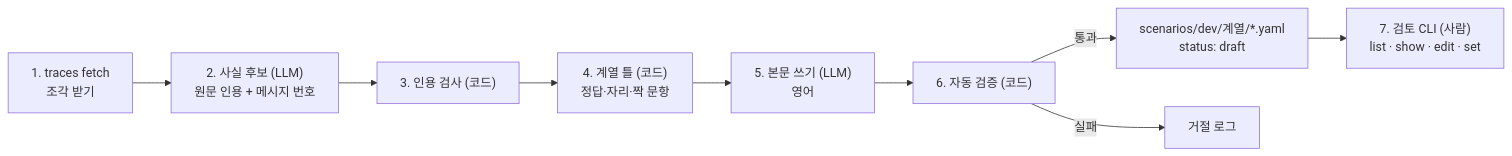
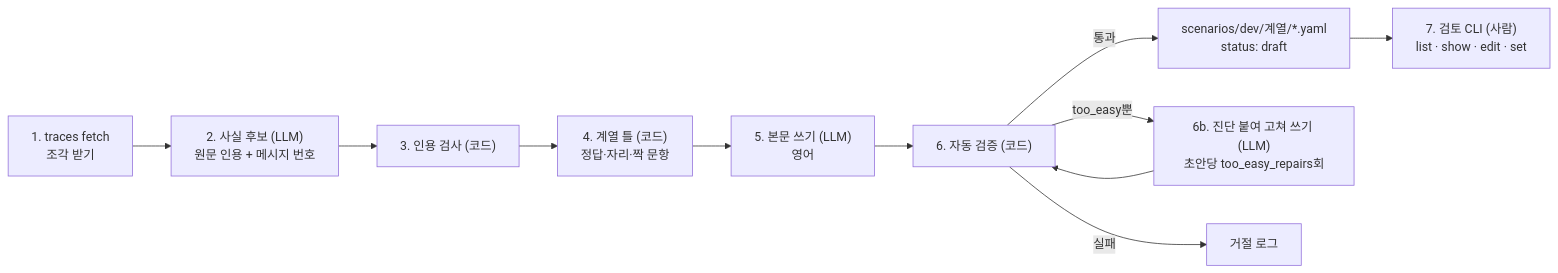
Before and after one commit to dure-ai/harness: the diagram in docs/specs/2026-10-20-scenario-generation-design.md, drawn with Mermaid. The commit also changed other lines of this file and 10 other files, not shown here.

````diff
--- a/docs/specs/2026-10-20-scenario-generation-design.md
+++ b/docs/specs/2026-10-20-scenario-generation-design.md
@@ -50,11 +50,13 @@
 ```mermaid
 flowchart LR
   F["1. traces fetch<br/>조각 받기"] --> X["2. 사실 후보 (LLM)<br/>원문 인용 + 메시지 번호"]
   X --> C["3. 인용 검사 (코드)"]
   C --> T["4. 계열 틀 (코드)<br/>정답·자리·짝 문항"]
   T --> W["5. 본문 쓰기 (LLM)<br/>영어"]
   W --> V["6. 자동 검증 (코드)"]
   V -->|통과| D["scenarios/dev/계열/*.yaml<br/>status: draft"]
+  V -->|too_easy뿐| H["6b. 진단 붙여 고쳐 쓰기 (LLM)<br/>초안당 too_easy_repairs회"]
+  H --> V
   V -->|실패| L["거절 로그"]
   D --> R["7. 검토 CLI (사람)<br/>list · show · edit · set"]
 ```
````
